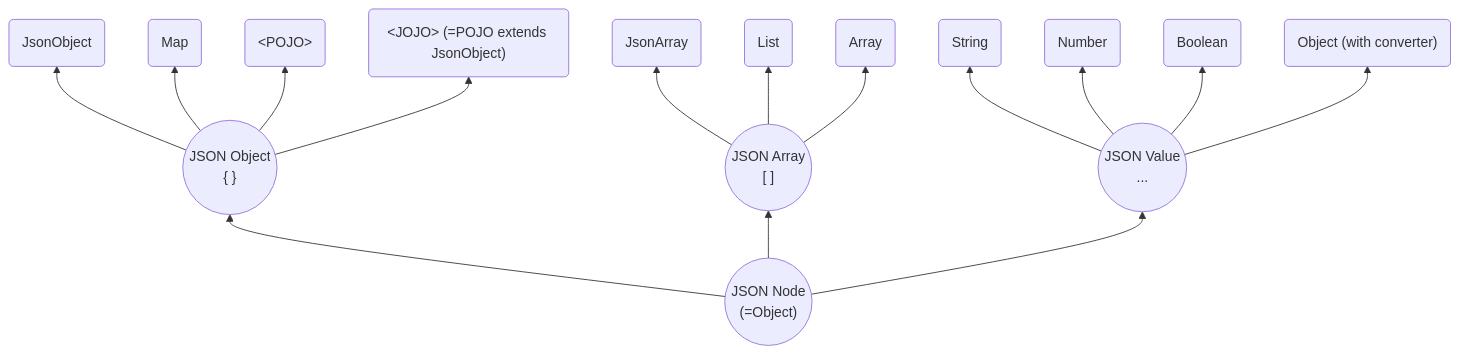
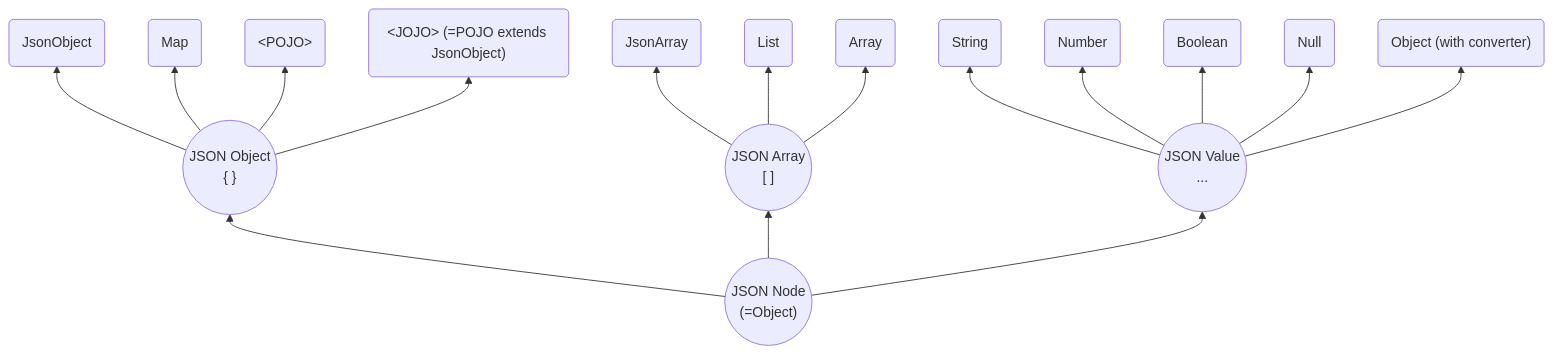
One commit to sjf4j-projects/sjf4j changed the diagram in README.md. Above: the diagram before and after it, drawn with Mermaid. The commit also changed other lines of this file and 9 other files, not shown here.

````diff
--- a/README.md
+++ b/README.md
@@ -17,18 +18,19 @@
 ```mermaid
 graph BT
     node(("JSON Node <br/> (=Object)"))
     node --> object(("JSON Object <br/> { }"))
         object --> jo("JsonObject")
         object --> map("Map")
         object --> pojo(" &lt;POJO&gt; ")
         object --> jojo(" &lt;JOJO&gt; (=POJO extends JsonObject)")
     node --> array(("JSON Array <br/> [ ]"))
         array --> ja("JsonArray")
         array --> list("List")
         array --> arr("Array")
     node --> value(("JSON Value <br/> ..."))
         value --> string("String")
         value --> number("Number")
         value --> boolean("Boolean")
+        value --> null("Null")
         value --> converted("Object (with converter)")
 ```
````
